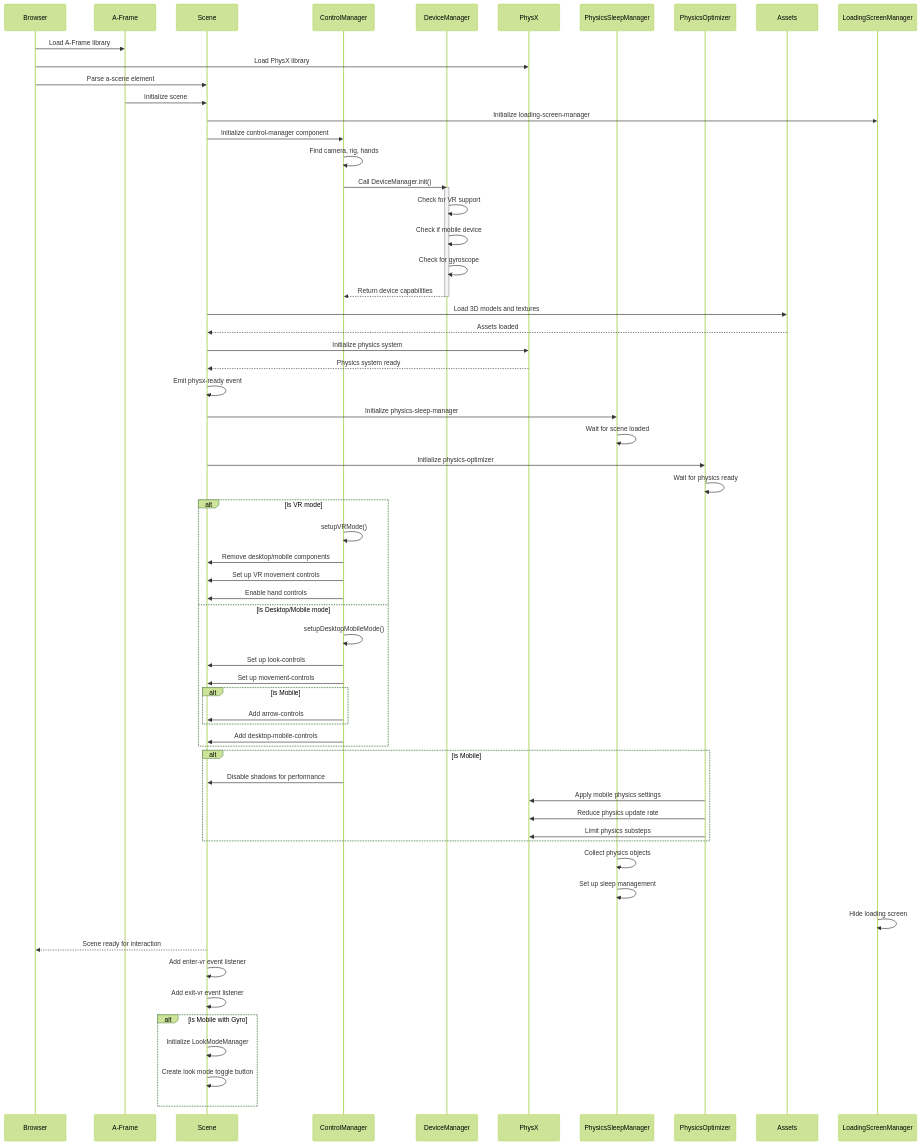
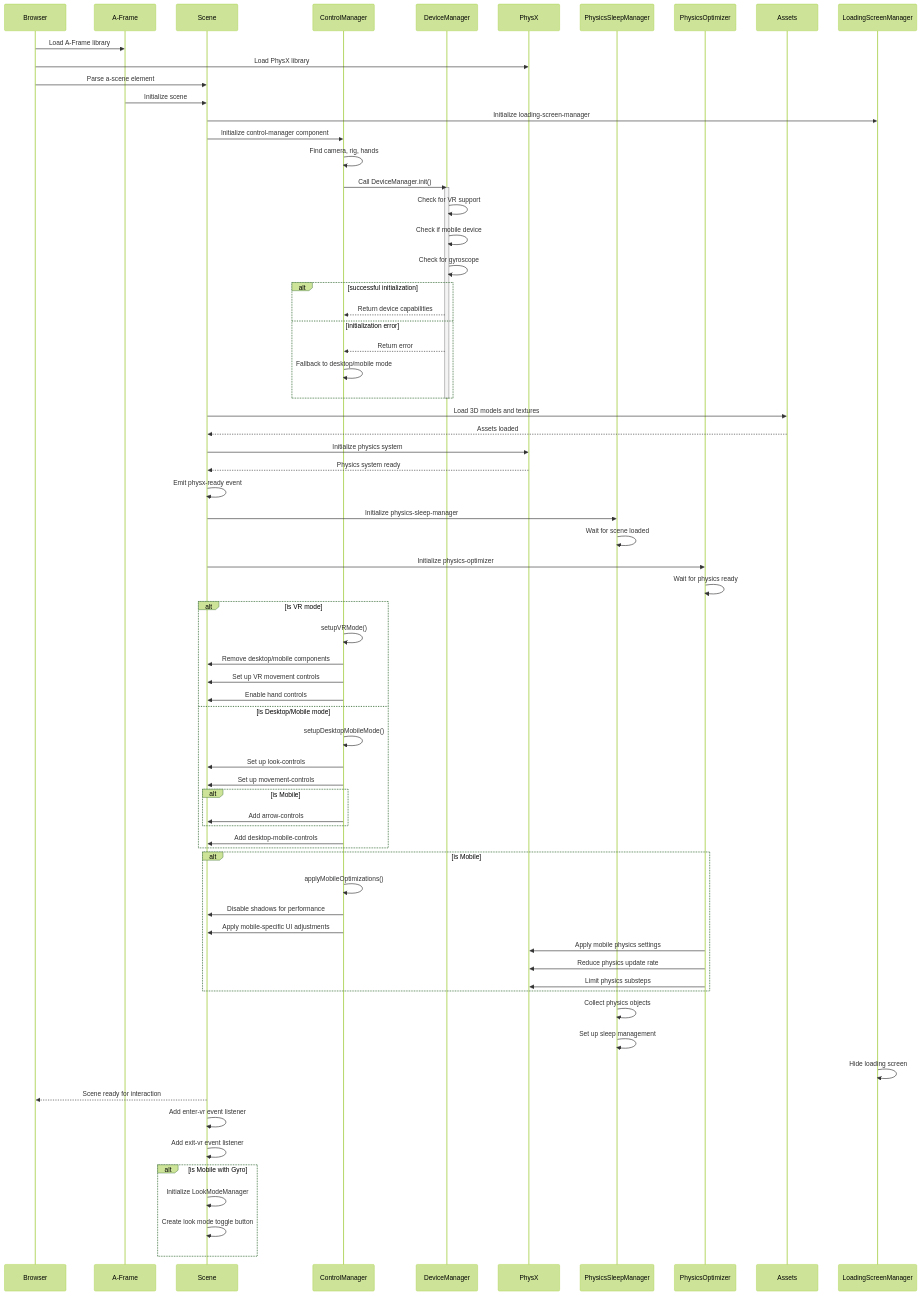
Before and after one commit to Tezeroth/VRMOBDESK-REFACTOR: the diagram in Documentation/UML/InitializationSequenceDiagram.md, drawn with Mermaid (forest theme). The commit also changed 11 other files, not shown here.

```diff
--- a/Documentation/UML/InitializationSequenceDiagram.md
+++ b/Documentation/UML/InitializationSequenceDiagram.md
@@ -32,7 +32,13 @@
     DM->>DM: Check for VR support
     DM->>DM: Check if mobile device
     DM->>DM: Check for gyroscope
-    DM-->>CM: Return device capabilities
+
+    alt successful initialization
+        DM-->>CM: Return device capabilities
+    else initialization error
+        DM-->>CM: Return error
+        CM->>CM: Fallback to desktop/mobile mode
+    end
     deactivate DM
 
     %% Asset Loading
@@ -71,7 +77,9 @@
 
     %% Mobile-Specific Setup
     alt is Mobile
+        CM->>CM: applyMobileOptimizations()
         CM->>Scene: Disable shadows for performance
+        CM->>Scene: Apply mobile-specific UI adjustments
         PO->>PhysX: Apply mobile physics settings
         PO->>PhysX: Reduce physics update rate
         PO->>PhysX: Limit physics substeps
```
